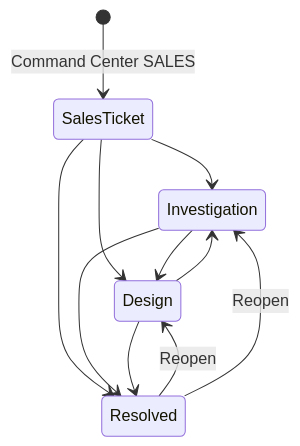
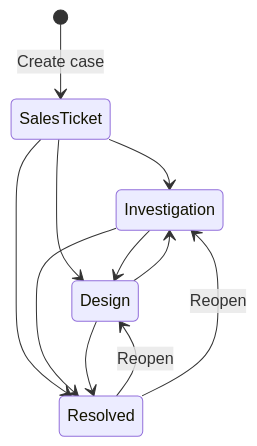
Before and after one commit to ibbeyx-prog/TicketResponsesDashboard: the third of 3 diagrams in docs/DEVELOPER_REQUIREMENTS.md, drawn with Mermaid. The commit also changed other lines of this file and 17 other files, not shown here.

````diff
--- a/docs/DEVELOPER_REQUIREMENTS.md
+++ b/docs/DEVELOPER_REQUIREMENTS.md
@@ -379,13 +407,13 @@
 ```mermaid
 stateDiagram-v2
-  [*] --> SalesTicket: Command Center SALES
+  [*] --> SalesTicket: Create case
   SalesTicket --> Investigation
   SalesTicket --> Design
   SalesTicket --> Resolved
   Investigation --> Design
   Investigation --> Resolved
   Design --> Investigation
   Design --> Resolved
   Resolved --> Design: Reopen
   Resolved --> Investigation: Reopen
 ```
````
